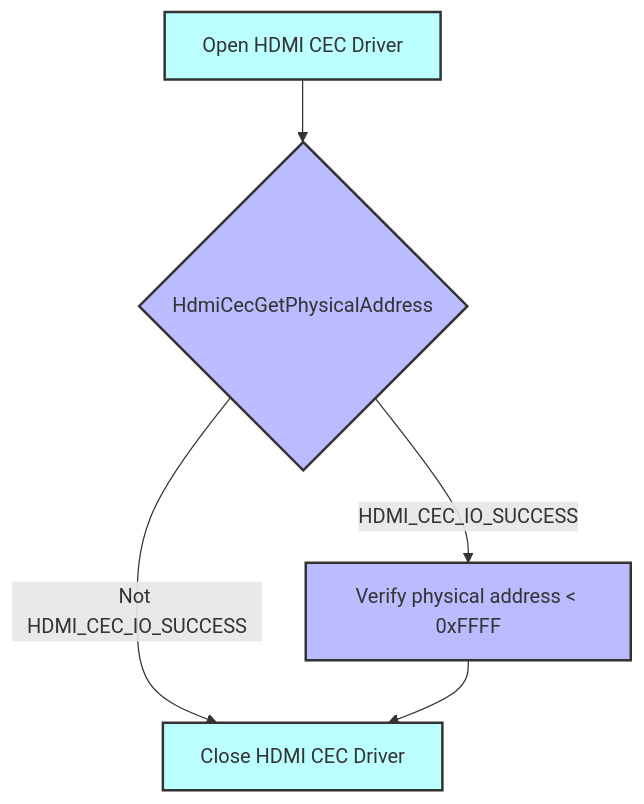
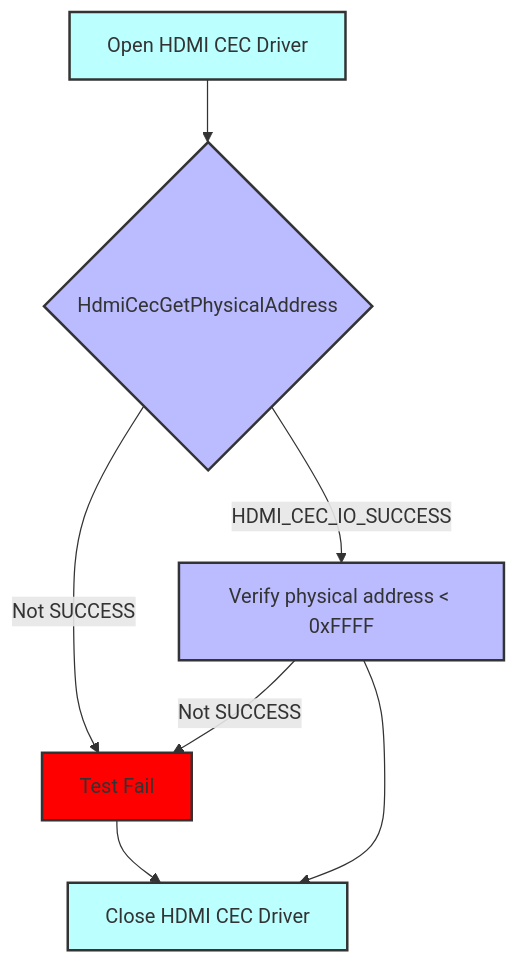
Before and after one commit to rdkcentral/rdk-halif-test-hdmi_cec: the fifth of 6 diagrams in docs/pages/hdmi-cec_L2_Low-Level_TestSpec.md, drawn with Mermaid. The commit also changed other lines of this file, not shown here.

First line of the commit message:
gh #4 updated the failure conditions in mermaid

````diff
--- a/docs/pages/hdmi-cec_L2_Low-Level_TestSpec.md
+++ b/docs/pages/hdmi-cec_L2_Low-Level_TestSpec.md
@@ -272,12 +289,14 @@
 ```mermaid
 graph TD
     style A fill:#bff,stroke:#333,stroke-width:2px
     style B fill:#bbf,stroke:#333,stroke-width:2px
     style C fill:#bbf,stroke:#333,stroke-width:2px
     style D fill:#bff,stroke:#333,stroke-width:2px
+	  style E fill:#f00,stroke:#333,stroke-width:2px
     
     A[Open HDMI CEC Driver] --> B{HdmiCecGetPhysicalAddress}
-    B -->|Not HDMI_CEC_IO_SUCCESS | D
+    B -->|Not SUCCESS | E[Test Fail] --> D
     B -->|HDMI_CEC_IO_SUCCESS| C[Verify physical address < 0xFFFF]
+	  C -->|Not SUCCESS | E
     C -->D[Close HDMI CEC Driver]
 ```
````
